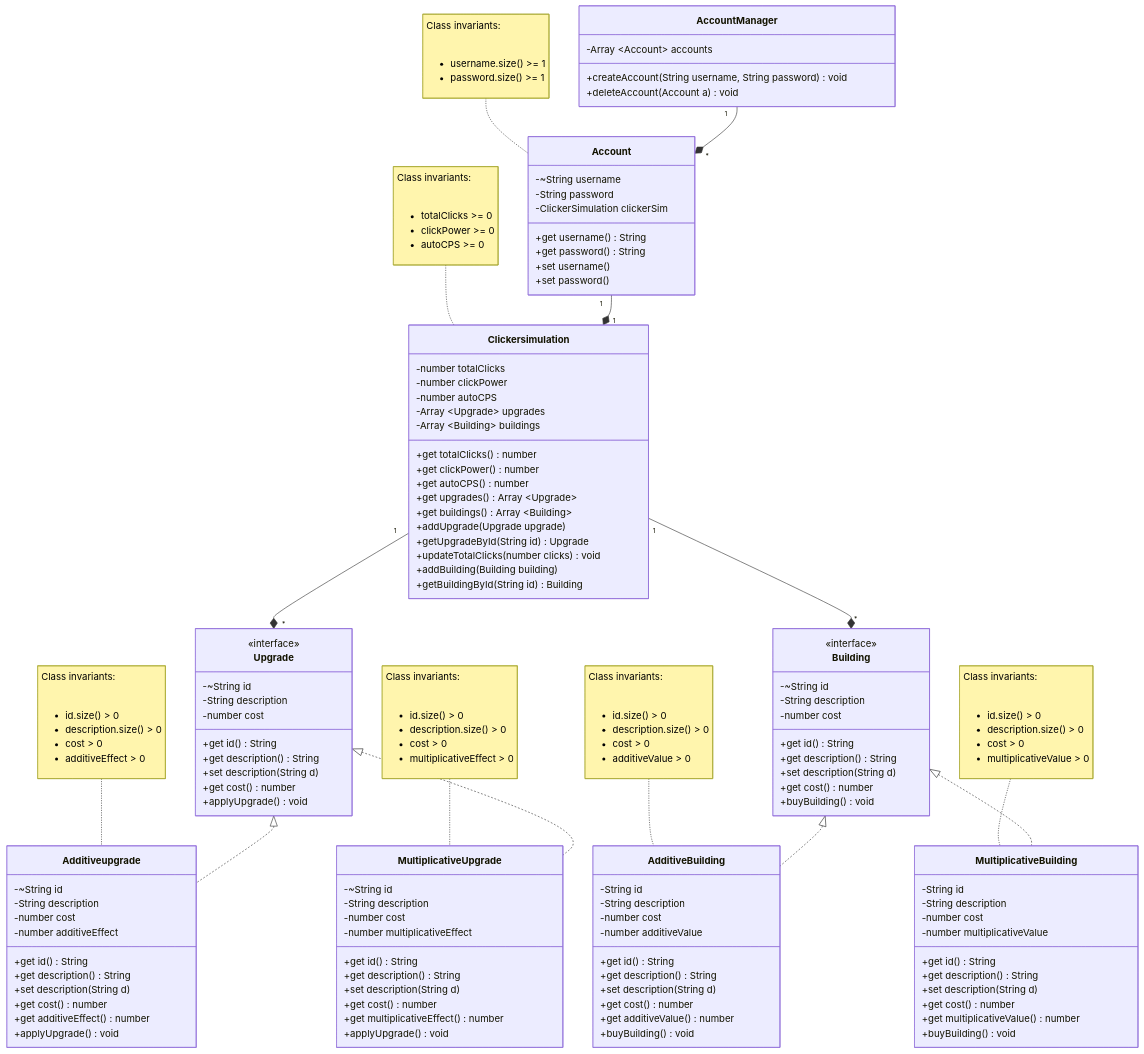
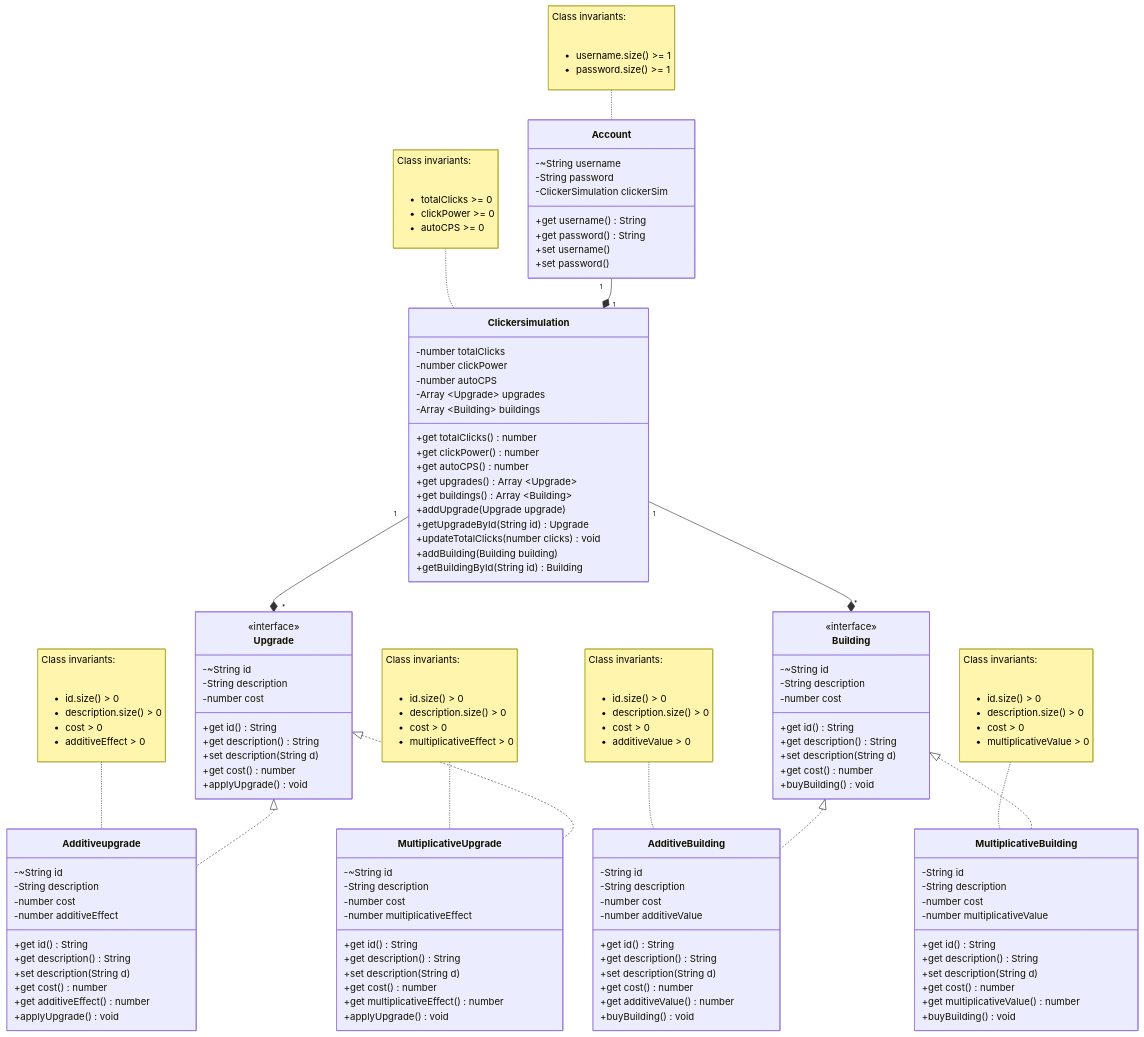
Before and after one commit to tsuki0272/Clicker_Project: the diagram in domain.md, drawn with Mermaid. The commit also changed other lines of this file and 6 other files, not shown here.

First line of the commit message:
Add DB constraints and refine docs/flows

````diff
--- a/domain.md
+++ b/domain.md
@@ -34,13 +32,5 @@
 ```mermaid
 classDiagram
-    
-    class AccountManager {
-        -Array ~Account~ accounts
-        
-        +createAccount(String username, String password) void
-        +deleteAccount(Account a) void
-    }
-
     class Account {
         -~String username
         -String password
@@ -206,7 +196,6 @@
         <li> multiplicativeValue > 0
     </ul>"
     
-    AccountManager "1" --* "*" Account
     Account "1" --* "1" Clickersimulation
     Clickersimulation "1" --* "*" Upgrade
     Clickersimulation "1" --* "*" Building
````
